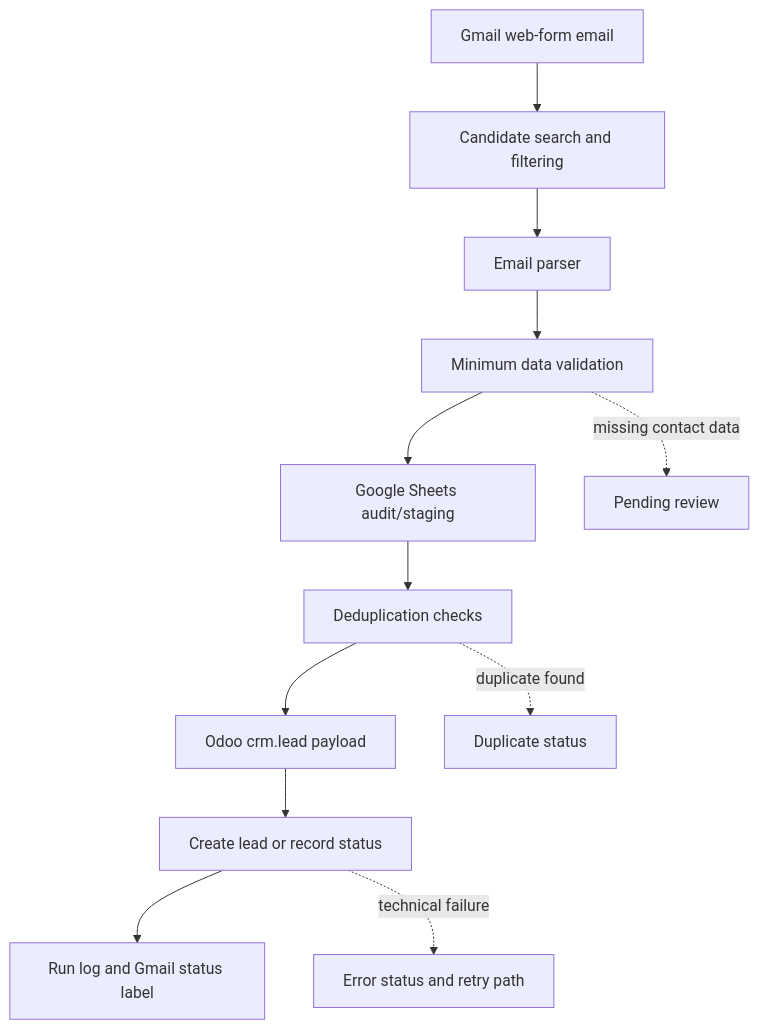
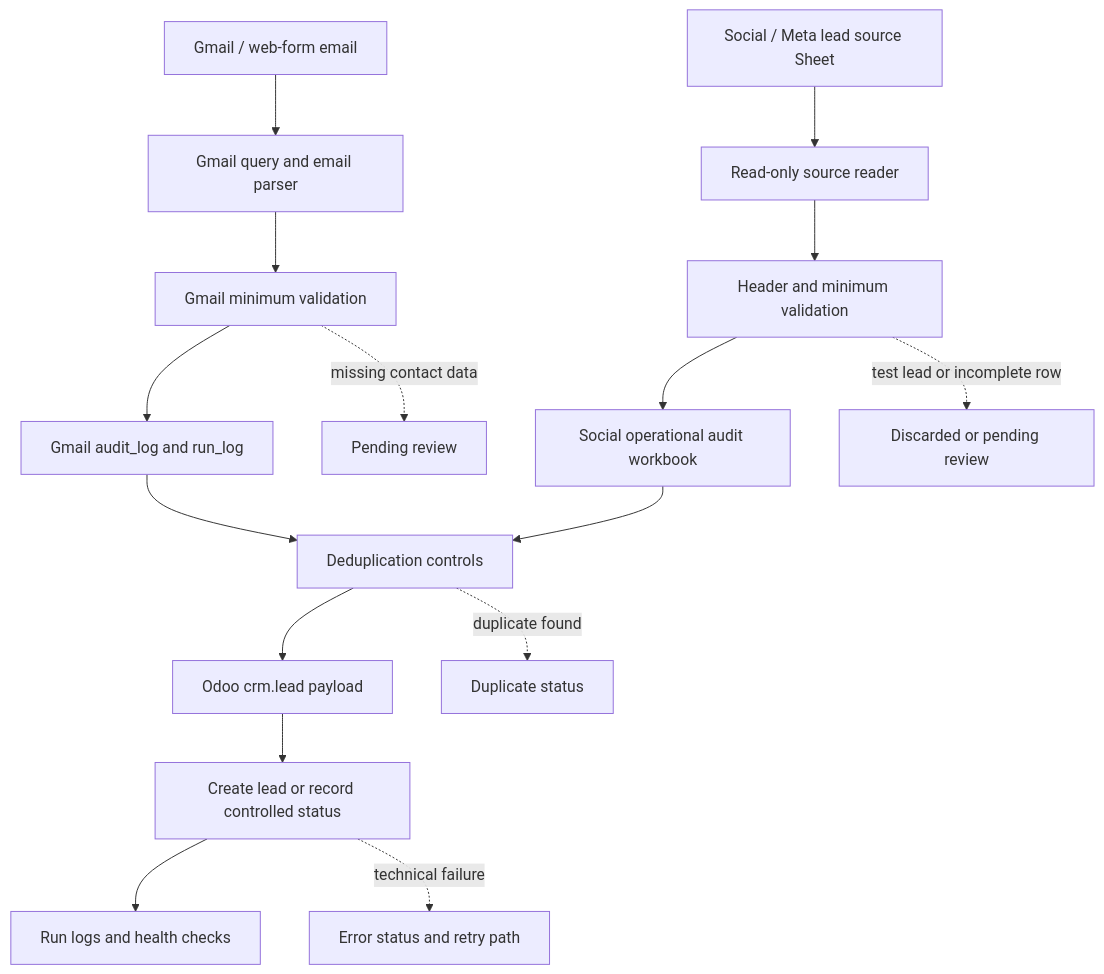
One commit to franordo99-dotcom/operations-analytics-ai-portfolio changed the diagram in case-studies/05-crm-lead-intake-automation/README.md. Above: the diagram before and after it, drawn with Mermaid. The commit also changed other lines of this file and 9 other files, not shown here.

Commit message:
Update CRM lead intake case with social lead Sheets scope

````diff
--- a/case-studies/05-crm-lead-intake-automation/README.md
+++ b/case-studies/05-crm-lead-intake-automation/README.md
@@ -123,15 +201,21 @@
 ```mermaid
 flowchart TD
-    A["Gmail web-form email"] --> B["Candidate search and filtering"]
-    B --> C["Email parser"]
-    C --> D["Minimum data validation"]
-    D --> E["Google Sheets audit/staging"]
-    E --> F["Deduplication checks"]
-    F --> G["Odoo crm.lead payload"]
-    G --> H["Create lead or record status"]
-    H --> I["Run log and Gmail status label"]
+    A["Gmail / web-form email"] --> B["Gmail query and email parser"]
+    B --> C["Gmail minimum validation"]
+    C --> D["Gmail audit_log and run_log"]
 
-    D -. "missing contact data" .-> J["Pending review"]
-    F -. "duplicate found" .-> K["Duplicate status"]
-    H -. "technical failure" .-> L["Error status and retry path"]
+    E["Social / Meta lead source Sheet"] --> F["Read-only source reader"]
+    F --> G["Header and minimum validation"]
+    G --> H["Social operational audit workbook"]
+
+    D --> I["Deduplication controls"]
+    H --> I
+    I --> J["Odoo crm.lead payload"]
+    J --> K["Create lead or record controlled status"]
+    K --> L["Run logs and health checks"]
+
+    C -. "missing contact data" .-> M["Pending review"]
+    G -. "test lead or incomplete row" .-> N["Discarded or pending review"]
+    I -. "duplicate found" .-> O["Duplicate status"]
+    K -. "technical failure" .-> P["Error status and retry path"]
 ```
````
